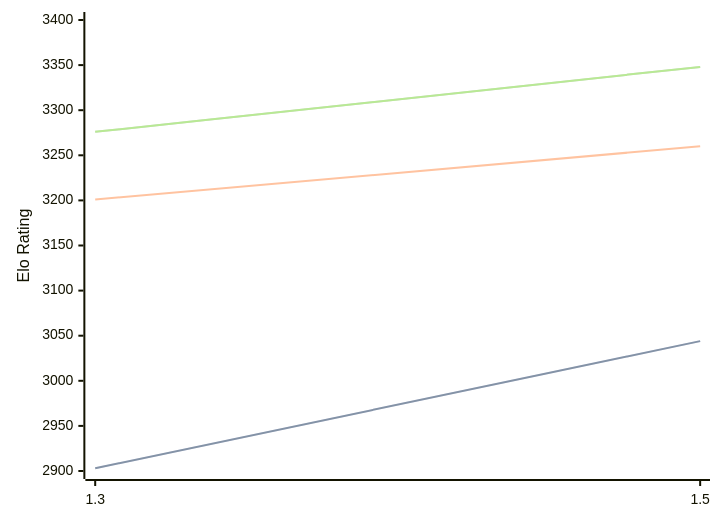
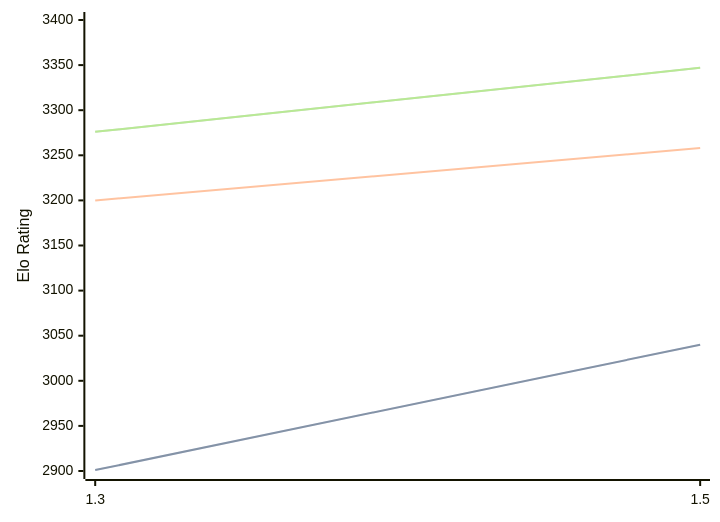
One commit to computer-chess-index/cci changed the first of 3 diagrams in engines/Lambergar.md. Above: the diagram before and after it, drawn with Mermaid. The commit also changed other lines of this file, not shown here.

Commit message:
Update CCI Ratings (ELO VLTC) - 2026-07-15

````diff
--- a/engines/Lambergar.md
+++ b/engines/Lambergar.md
@@ -44,11 +44,11 @@
 ```mermaid
 %%{init: {"theme":"base","themeVariables":{"seriesColors:['#a3a3a3','#222221','#faa371']}}}%%
 xychart-beta
   x-axis ["1.3", "1.5"]
   y-axis "Elo Rating" 2900 --> 3400
-  line "STC (8.0+0.08s)" [2903, 3044]
-  line "STC (8.0+0.08s)" [2903, 3044]
-  line "LTC (60.0+0.60s)" [3201, 3260]
-  line "VLTC (2m24s+1.12s)" [3276, 3348]
-  line "VLTC (2m24s+1.12s)" [3276, 3348]
+  line "STC (8.0+0.08s)" [2901, 3040]
+  line "STC (8.0+0.08s)" [2901, 3040]
+  line "LTC (60.0+0.60s)" [3200, 3258]
+  line "VLTC (2m24s+1.12s)" [3276, 3347]
+  line "VLTC (2m24s+1.12s)" [3276, 3347]
 ```
````
